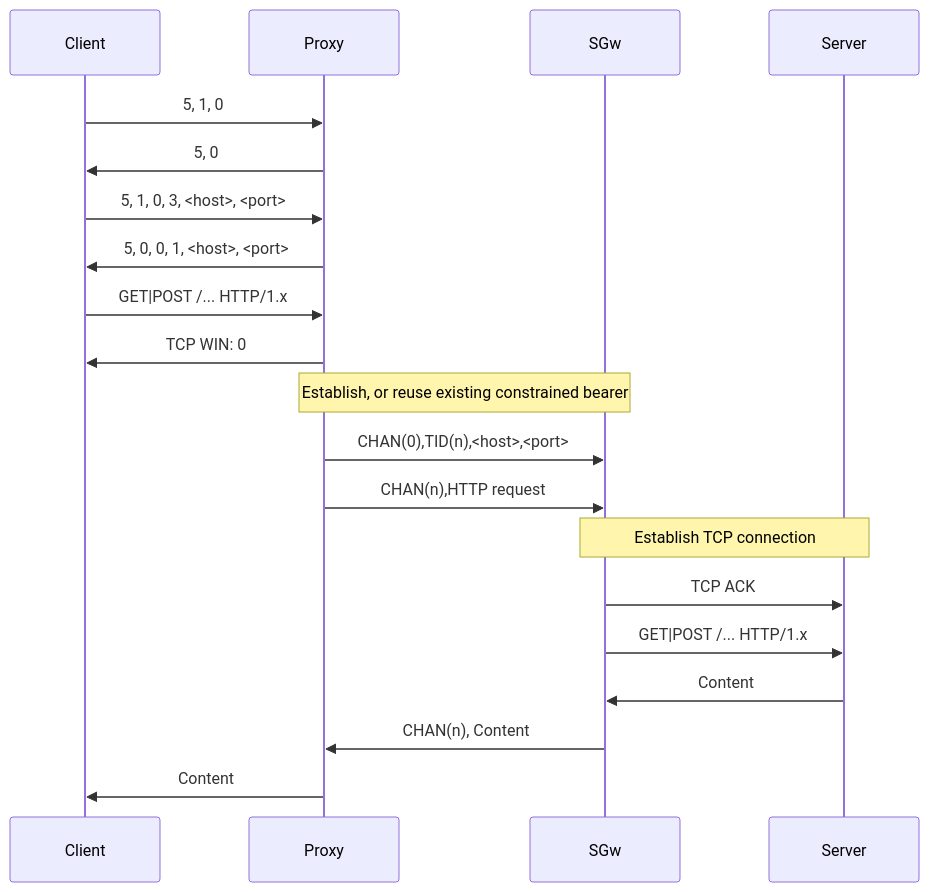
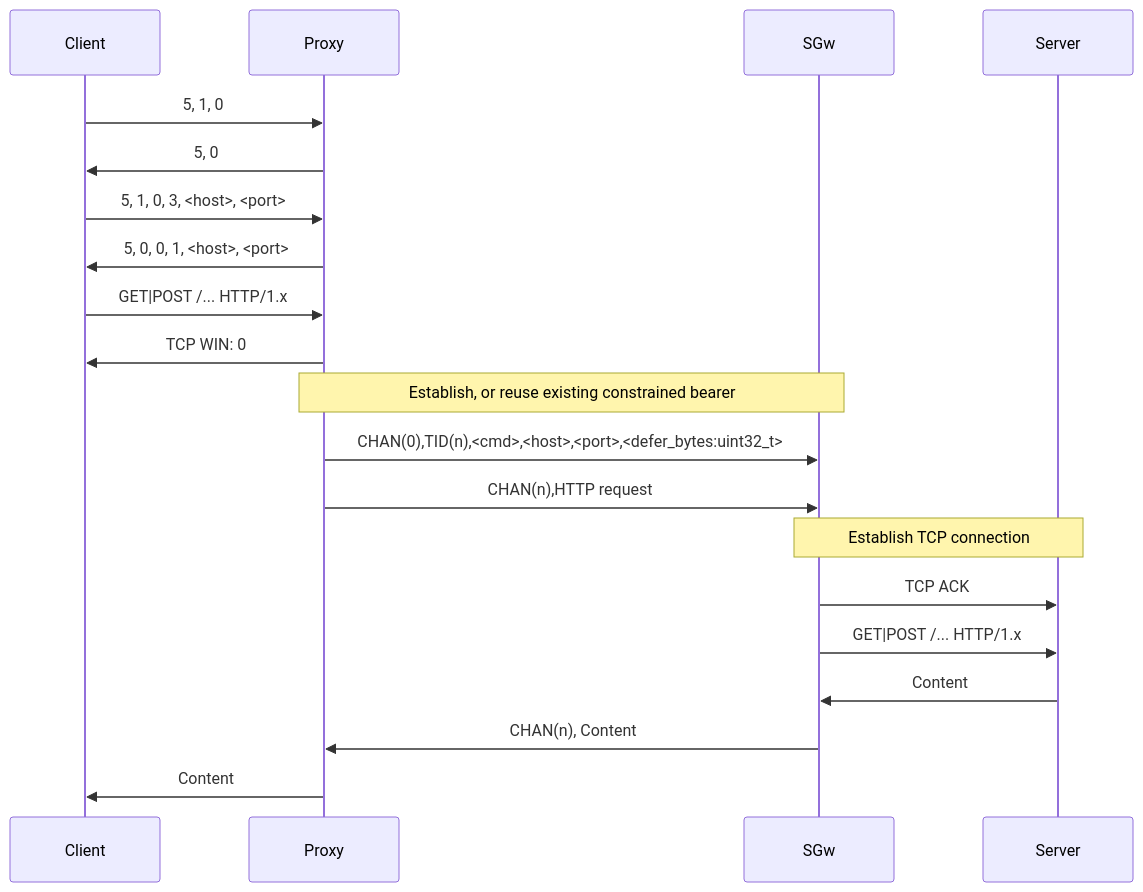
Before and after one commit to dscp46/sockspeppet: the second of 2 diagrams in README.md, drawn with Mermaid. The commit also changed other lines of this file, not shown here.

````diff
--- a/README.md
+++ b/README.md
@@ -30,18 +33,18 @@
 ```mermaid
 sequenceDiagram
     Client->>Proxy: 5, 1, 0
     Proxy->>Client: 5, 0
     Client->>Proxy: 5, 1, 0, 3, <host>, <port>
     Proxy->>Client: 5, 0, 0, 1, <host>, <port>
     Client->>Proxy: GET|POST /... HTTP/1.x
     Proxy->>Client: TCP WIN: 0
     Note over Proxy,SGw: Establish, or reuse existing constrained bearer
-    Proxy->>SGw: CHAN(0),TID(n),<host>,<port>
+    Proxy->>SGw: CHAN(0),TID(n),<cmd>,<host>,<port>,<defer_bytes:uint32_t>
     Proxy->>SGw: CHAN(n),HTTP request
     Note over SGw,Server: Establish TCP connection
     SGw->>Server: TCP ACK
     SGw->>Server: GET|POST /... HTTP/1.x
     Server->>SGw: Content
     SGw->>Proxy: CHAN(n), Content
     Proxy->>Client: Content
 ```
````
